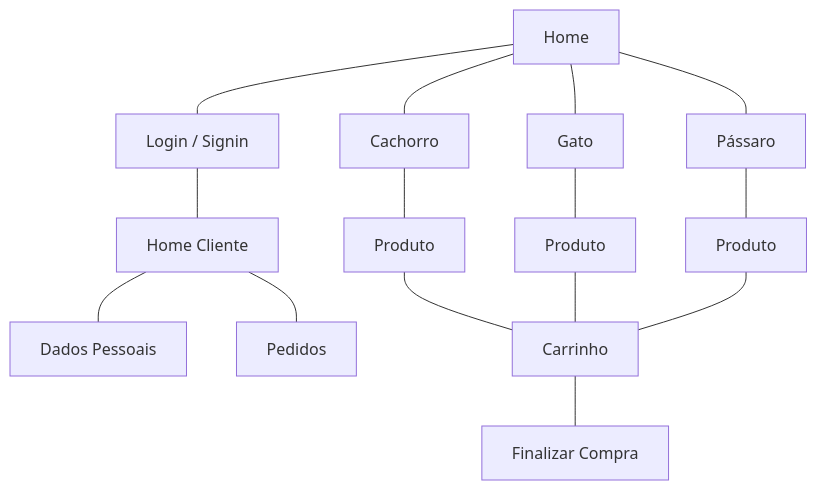
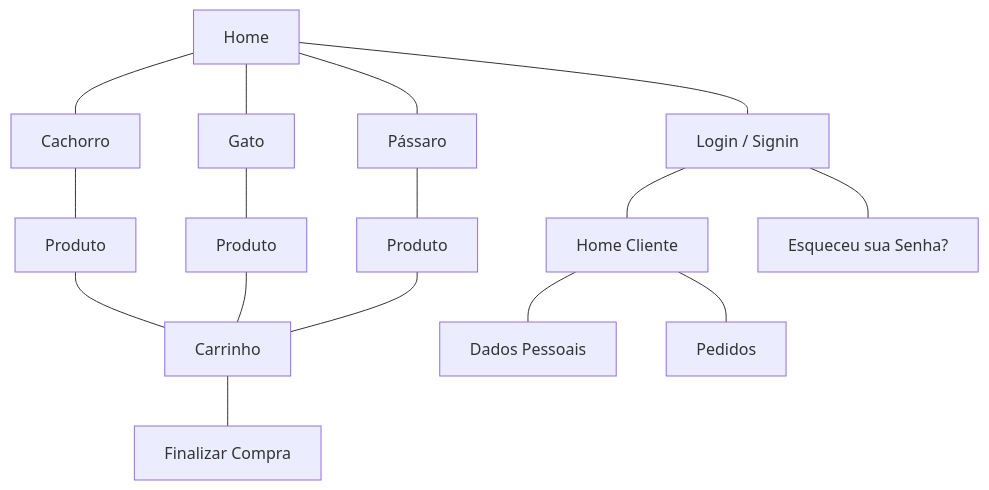
Before and after one commit to viniciussm07/pet-shop: the diagram in README.md, drawn with Mermaid.

````diff
--- a/README.md
+++ b/README.md
@@ -13,22 +13,23 @@
 ```mermaid
   graph TD;
       Home---Cachorro;
       Cachorro---produto1[Produto];
       
       Home---Gato;
       Gato---produto2[Produto];
       
       Home---Pássaro;
       Pássaro---produto3[Produto];
       
       Home---loginSignin[Login / Signin];
       loginSignin---homeCliente[Home Cliente]
+      loginSignin[Login / Signin]---esqueciASenha[Esqueceu sua Senha?];
       homeCliente---dadosPessoais[Dados Pessoais]
       homeCliente---Pedidos
       
       produto1---carrinho[Carrinho]
       produto2---carrinho
       produto3---carrinho
       
       carrinho---finalizarCompra[Finalizar Compra]
 ```
````
